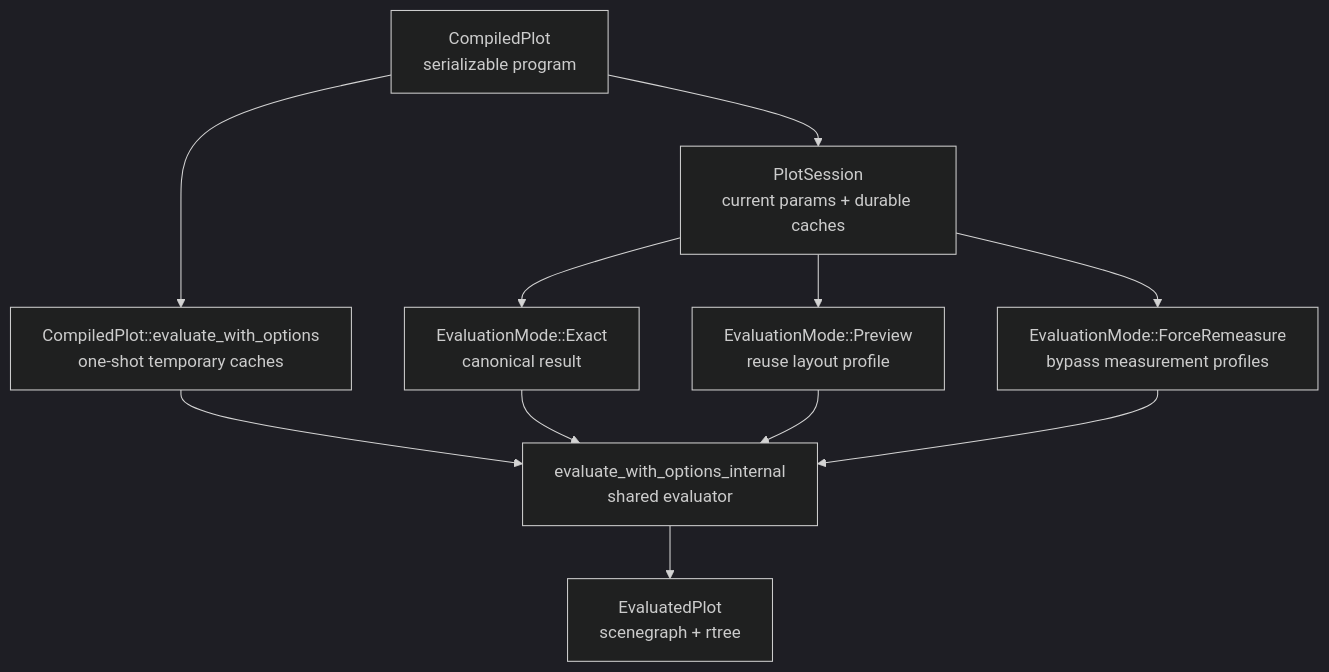
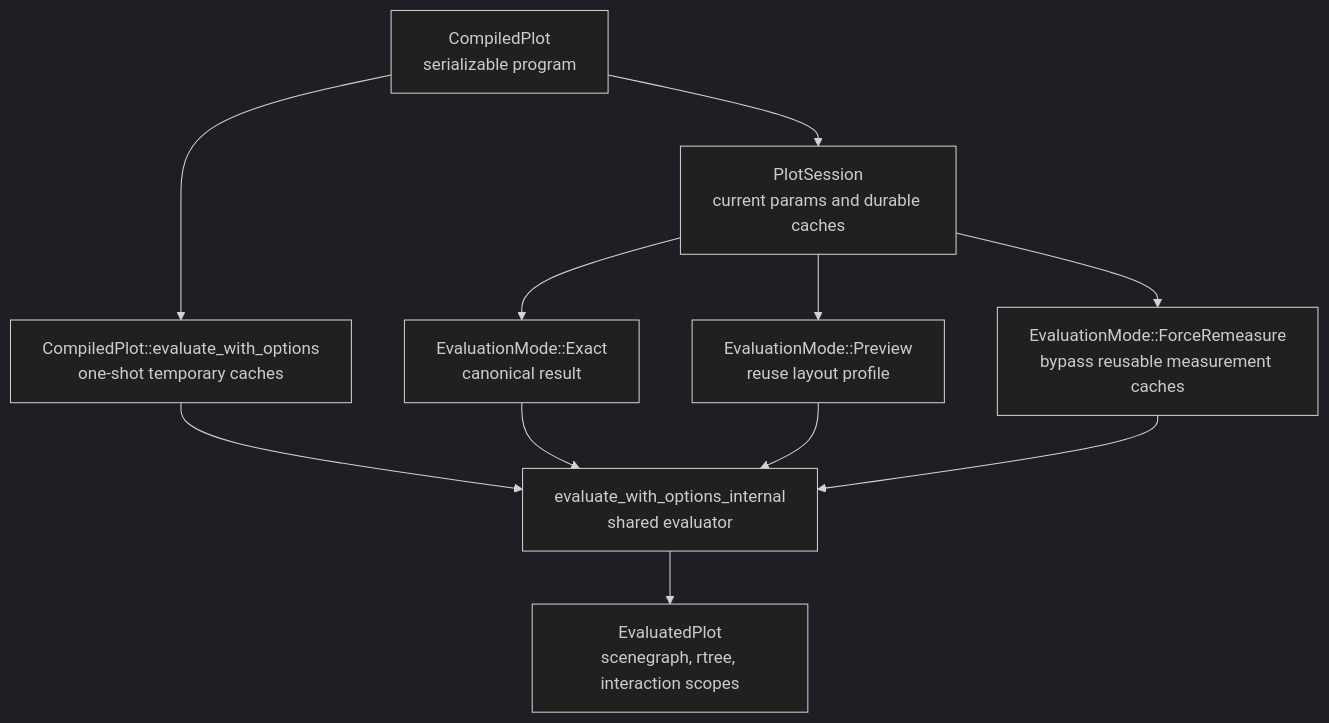
The first of 5 diagrams in avenger-chart/docs/architecture/plot-sessions-and-fast-evaluation.md (jonmmease/avenger), drawn with Mermaid (dark theme) before and after one commit. The commit also changed other lines of this file and 1 other file, not shown here.

Commit message:
docs(chart): document preview optimization architecture

````diff
--- a/avenger-chart/docs/architecture/plot-sessions-and-fast-evaluation.md
+++ b/avenger-chart/docs/architecture/plot-sessions-and-fast-evaluation.md
@@ -20,22 +20,22 @@
 ```mermaid
 flowchart TD
     Compiled["CompiledPlot\nserializable program"]
     OneShot["CompiledPlot::evaluate_with_options\none-shot temporary caches"]
-    Session["PlotSession\ncurrent params + durable caches"]
+    Session["PlotSession\ncurrent params and durable caches"]
     Exact["EvaluationMode::Exact\ncanonical result"]
     Preview["EvaluationMode::Preview\nreuse layout profile"]
-    Force["EvaluationMode::ForceRemeasure\nbypass measurement profiles"]
+    Force["EvaluationMode::ForceRemeasure\nbypass reusable measurement caches"]
     Evaluator["evaluate_with_options_internal\nshared evaluator"]
-    Output["EvaluatedPlot\nscenegraph + rtree"]
+    Output["EvaluatedPlot\nscenegraph, rtree, interaction scopes"]
 
     Compiled --> OneShot
     Compiled --> Session
     OneShot --> Evaluator
     Session --> Exact
     Session --> Preview
     Session --> Force
     Exact --> Evaluator
     Preview --> Evaluator
     Force --> Evaluator
     Evaluator --> Output
 ```
````
